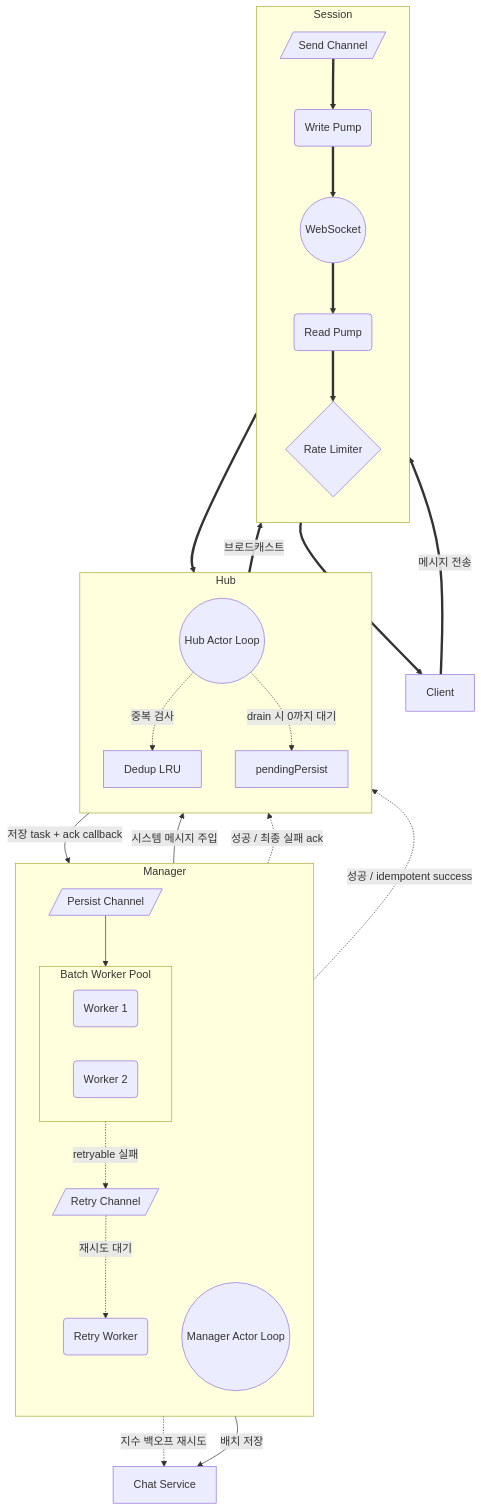
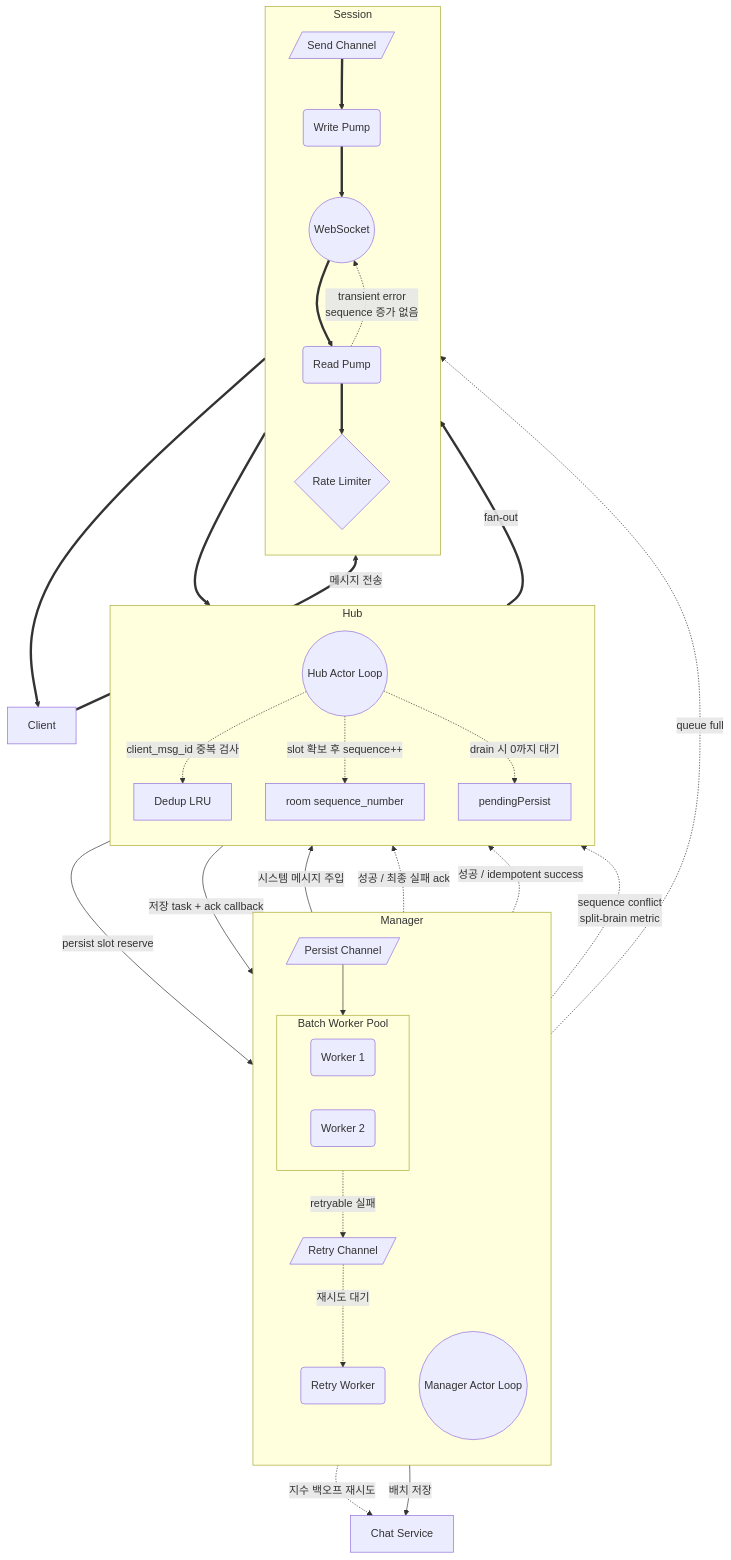
Before and after one commit to happyhun/go-chat-msa: the diagram in docs/diagrams/flow-message.mmd, drawn with Mermaid. The commit also changed 11 other files, not shown here.

```diff
--- a/docs/diagrams/flow-message.mmd
+++ b/docs/diagrams/flow-message.mmd
@@ -1,58 +1,64 @@
 flowchart TB
     Client["Client"]
 
     subgraph Manager ["Manager"]
         direction TB
         ManagerLoop(("Manager Actor Loop"))
         PersistCh[/"Persist Channel"/]
         RetryCh[/"Retry Channel"/]
         RetryWorker("Retry Worker")
 
         subgraph WorkerPool ["Batch Worker Pool"]
             direction LR
             W1("Worker 1")
             W2("Worker 2")
         end
     end
 
     subgraph Hub ["Hub"]
         direction TB
         HubLoop(("Hub Actor Loop"))
         Idempotency["Dedup LRU"]
+        Seq["room sequence_number"]
         Pending["pendingPersist"]
     end
 
     subgraph Session ["Session"]
         direction TB
         Socket(("WebSocket"))
         RP("Read Pump")
         RateLimit{"Rate Limiter"}
 
         WP("Write Pump")
         Buffer[/"Send Channel"/]
     end
 
     ChatService["Chat Service"]
 
     Client == "메시지 전송" ==> Socket
     Socket ==> RP
     RP ==> RateLimit
     RateLimit ==> HubLoop
 
     ManagerLoop -- "시스템 메시지 주입" --> HubLoop
 
-    HubLoop -. "중복 검사" .-> Idempotency
-    HubLoop ==>|"브로드캐스트"| Buffer
+    HubLoop -. "client_msg_id 중복 검사" .-> Idempotency
+    HubLoop -- "persist slot reserve" --> PersistCh
+    PersistCh -. "queue full" .-> RP
+    RP -. "transient error<br/>sequence 증가 없음" .-> Socket
+    HubLoop -. "slot 확보 후 sequence++" .-> Seq
+    HubLoop ==>|"fan-out"| Buffer
     Buffer ==> WP
     WP ==> Socket
     Socket ==> Client
 
     HubLoop -- "저장 task + ack callback" --> PersistCh
     HubLoop -. "drain 시 0까지 대기" .-> Pending
     PersistCh --> WorkerPool
     WorkerPool -- "배치 저장" --> ChatService
     WorkerPool -. "성공 / idempotent success" .-> Pending
+    WorkerPool -. "sequence conflict<br/>split-brain metric" .-> Pending
     WorkerPool -. "retryable 실패" .-> RetryCh
     RetryCh -. "재시도 대기" .-> RetryWorker
     RetryWorker -. "지수 백오프 재시도" .-> ChatService
     RetryWorker -. "성공 / 최종 실패 ack" .-> Pending
```
